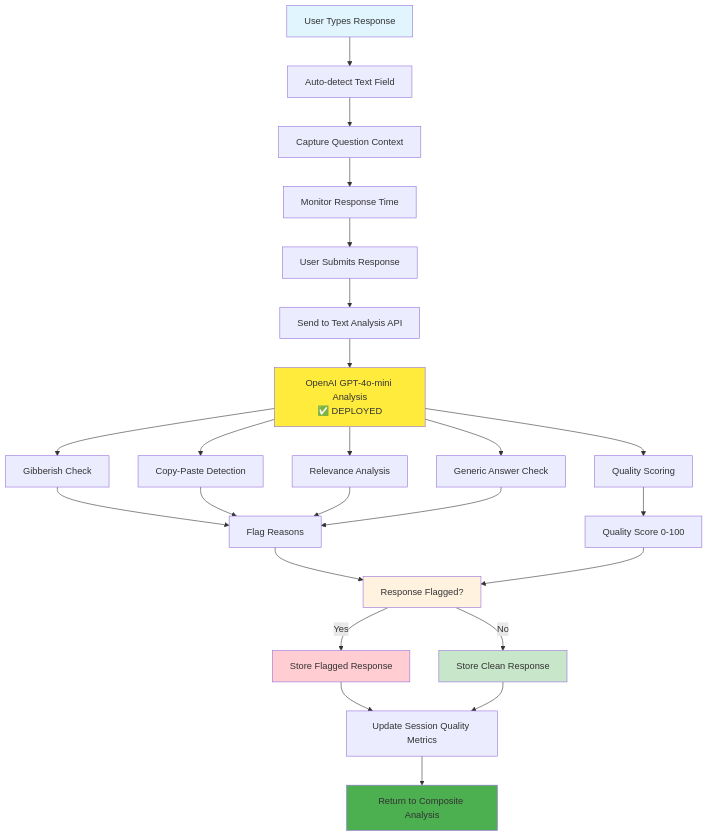
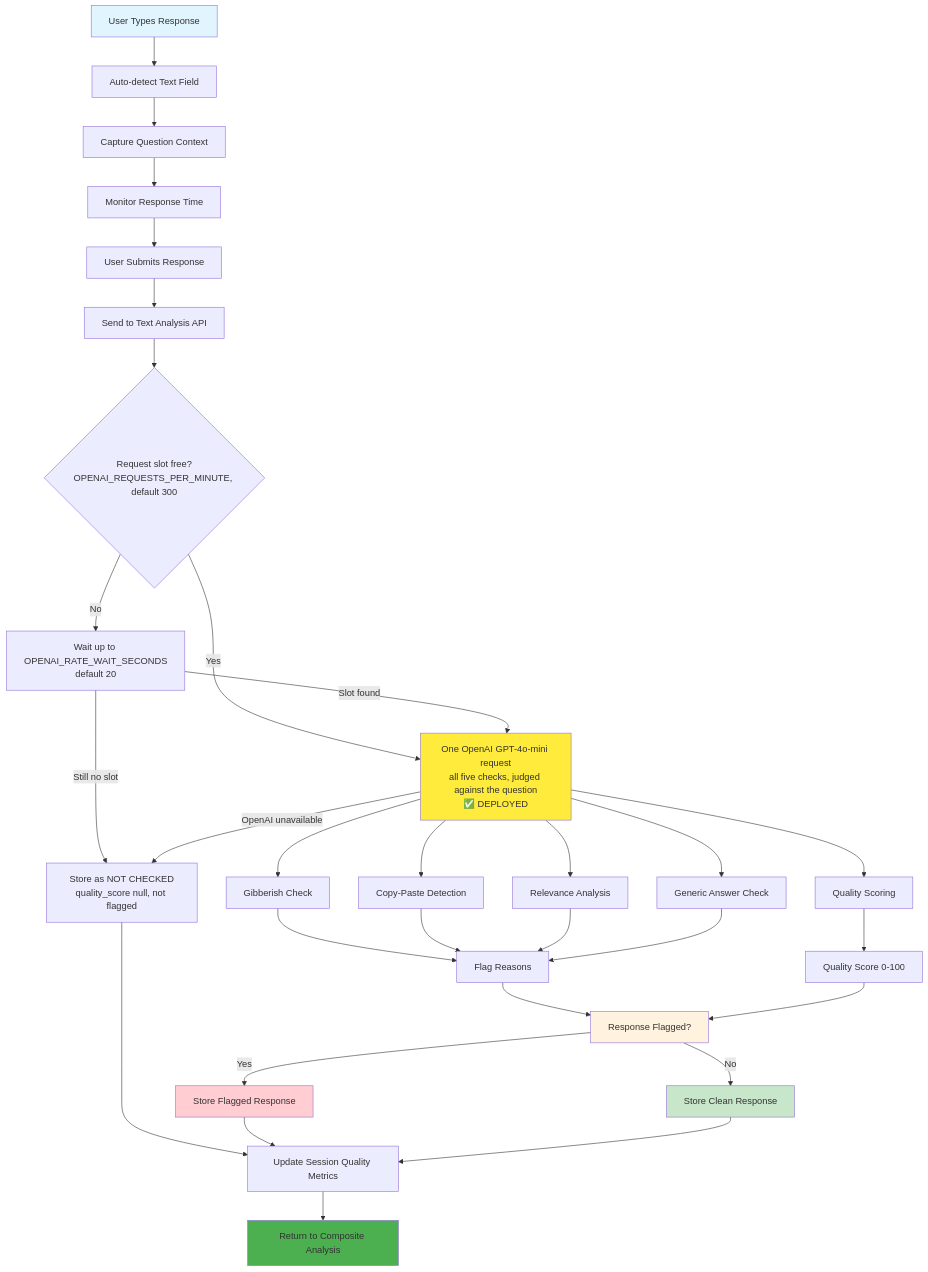
One commit to halderavik/bot_detection_live changed the fifth of 15 diagrams in bot_detection_flow.md. Above: the diagram before and after it, drawn with Mermaid. The commit also changed other lines of this file and 34 other files, not shown here.

````diff
--- a/bot_detection_flow.md
+++ b/bot_detection_flow.md
@@ -516,37 +532,45 @@
 ```mermaid
 graph TD
     A[User Types Response] --> B[Auto-detect Text Field]
     B --> C[Capture Question Context]
     C --> D[Monitor Response Time]
     D --> E[User Submits Response]
     E --> F[Send to Text Analysis API]
     
-    F --> G[OpenAI GPT-4o-mini Analysis<br/>✅ DEPLOYED]
+    F --> RL{Request slot free?<br/>OPENAI_REQUESTS_PER_MINUTE, default 300}
+    RL -->|Yes| G
+    RL -->|No| RW[Wait up to OPENAI_RATE_WAIT_SECONDS<br/>default 20]
+    RW -->|Slot found| G
+    RW -->|Still no slot| UC[Store as NOT CHECKED<br/>quality_score null, not flagged]
+    G -->|OpenAI unavailable| UC
+    UC --> R
+    
+    G[One OpenAI GPT-4o-mini request<br/>all five checks, judged against the question<br/>✅ DEPLOYED]
     G --> H[Gibberish Check]
     G --> I[Copy-Paste Detection]
     G --> J[Relevance Analysis]
     G --> K[Generic Answer Check]
     G --> L[Quality Scoring]
     
     H --> M[Flag Reasons]
     I --> M
     J --> M
     K --> M
     L --> N[Quality Score 0-100]
     
     M --> O[Response Flagged?]
     N --> O
     O -->|Yes| P[Store Flagged Response]
     O -->|No| Q[Store Clean Response]
     
     P --> R[Update Session Quality Metrics]
     Q --> R
     R --> S[Return to Composite Analysis]
     
     style A fill:#e1f5fe
     style G fill:#ffeb3b
     style O fill:#fff3e0
     style P fill:#ffcdd2
     style Q fill:#c8e6c9
     style S fill:#4caf50
 ```
````
